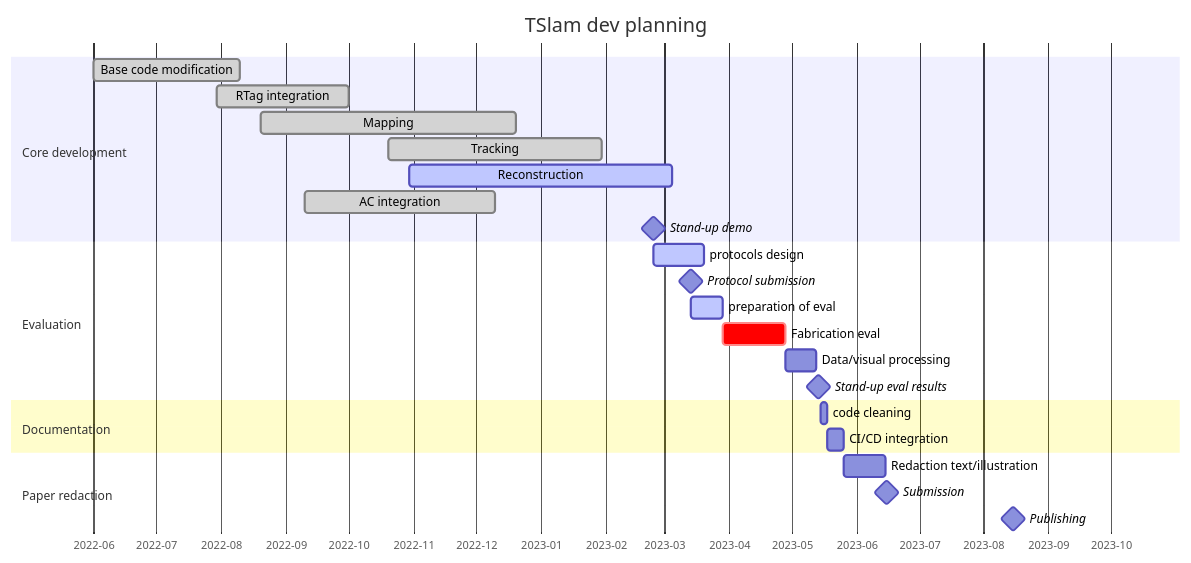
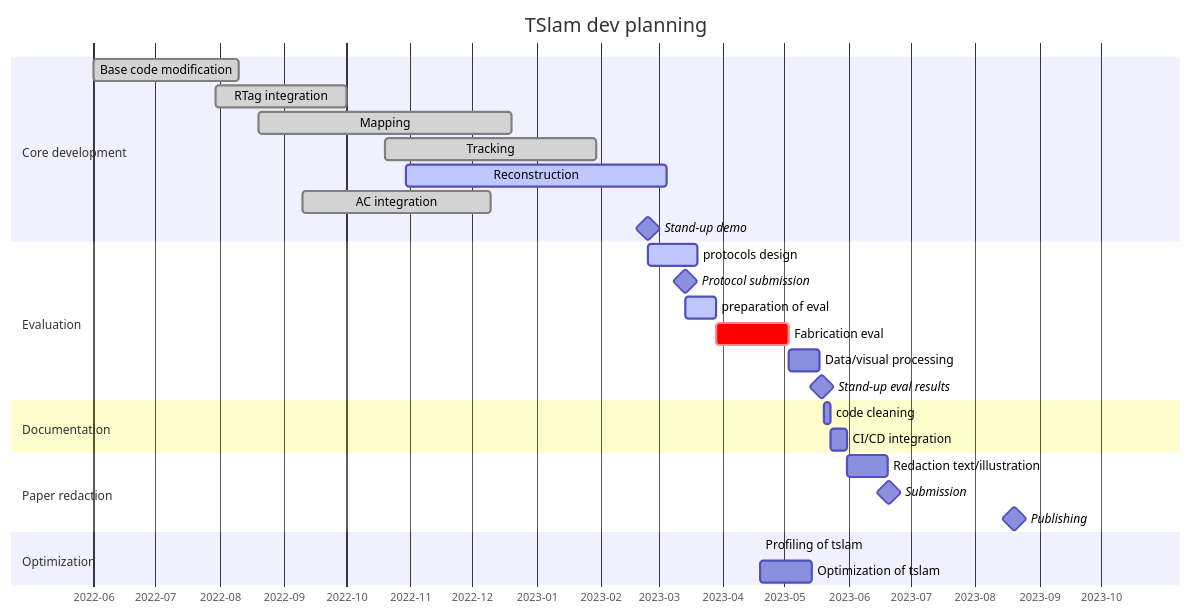
One commit to ibois-epfl/TSlam changed the diagram in README.md. Above: the diagram before and after it, drawn with Mermaid.

Commit message:
FIX: planning update

````diff
--- a/README.md
+++ b/README.md
@@ -12,32 +12,36 @@
 ```mermaid
 gantt
     dateFormat  YYYY-MM-DD
     title       TSlam dev planning
     axisFormat %Y-%m
 
     section Core development
     Base code modification          :done, ucm, 2022-06-01, 2022-08-10
     RTag integration                :done, rti, 2022-07-30, 2022-10-01
     Mapping                         :done, map, 2022-08-20, 2022-12-20
     Tracking                        :done, trck, 2022-10-20, 2023-01-30
     Reconstruction                  :active, rec, 2022-10-30, 2023-03-05
     AC integration                  :done, aci, 2022-09-10, 2022-12-10
     Stand-up demo                   :milestone, 2023-02-24, 0d
 
     section Evaluation
     protocols design                :active, ptrd, 2023-02-24, 2023-03-20
     Protocol submission             :milestone, 2023-03-14, 0d
     preparation of eval             :active, 15d
-    Fabrication eval                :crit, 30d
+    Fabrication eval                :crit, 35d
     Data/visual processing          :15d
     Stand-up eval results           :milestone, 2d
 
     section Documentation
     code cleaning                   :3d
     CI/CD integration               :8d
 
     section Paper redaction
     Redaction text/illustration     :20d
     Submission                      :milestone, 1d
     Publishing                      :milestone, 120d
+    
+    section Optimization            
+    Profiling of tslam              :active, opti, 2023-04-19, 10
+    Optimization of tslam           :25d
 ```
````
